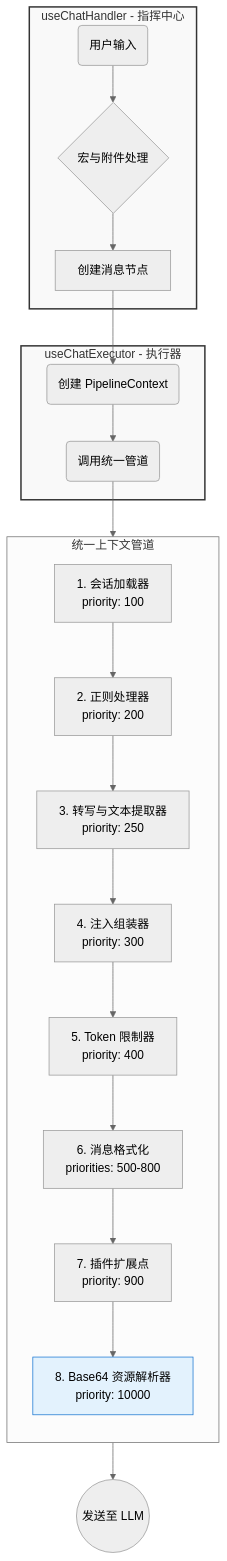
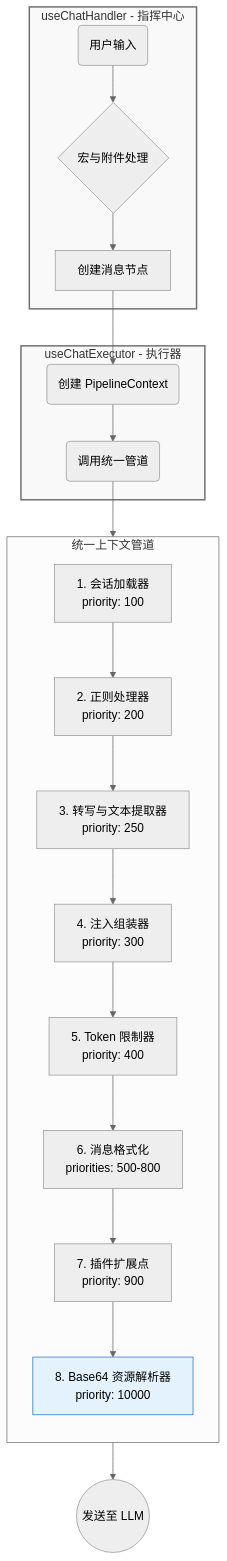
The diagram in src/tools/llm-chat/design/context-pipeline-architecture.md (miaotouy/aio-hub), drawn with Mermaid (neutral theme) before and after one commit. The commit also changed other lines of this file and 33 other files, not shown here.

````diff
--- a/src/tools/llm-chat/design/context-pipeline-architecture.md
+++ b/src/tools/llm-chat/design/context-pipeline-architecture.md
@@ -19,35 +19,35 @@
 ```mermaid
 graph TD
     subgraph A [useChatHandler - 指挥中心]
         A1(用户输入) --> A2{宏与附件处理}
         A2 --> A3[创建消息节点]
     end
 
     subgraph B [useChatExecutor - 执行器]
         B1(创建 PipelineContext)
         B2(调用统一管道)
     end
 
     subgraph UnifiedPipeline [统一上下文管道]
         direction TB
         P1[1. 会话加载器<br/>priority: 100]
         P2[2. 正则处理器<br/>priority: 200]
         P4[3. 转写与文本提取器<br/>priority: 250]
         P3[4. 注入组装器<br/>priority: 300]
         P5[5. Token 限制器<br/>priority: 400]
         P_Format[6. 消息格式化<br/>priorities: 500-800]
         P9[7. 插件扩展点<br/>priority: 900]
         P10[8. Base64 资源解析器<br/>priority: 10000]
 
         P1 --> P2 --> P4 --> P3 --> P5 --> P_Format --> P9 --> P10
     end
 
     A3 --> B1
     B1 --> B2
     B2 --> UnifiedPipeline
     P10 --> Final((发送至 LLM))
 
-    classDef stage fill:#f9f9f9,stroke:#333,stroke-width:2px;
+    classDef stage fill:#f9f9f9,stroke:#33,stroke-width:2px;
     class A,B stage;
     style P10 fill:#e3f2fd,stroke:#1976d2
 ```
````
